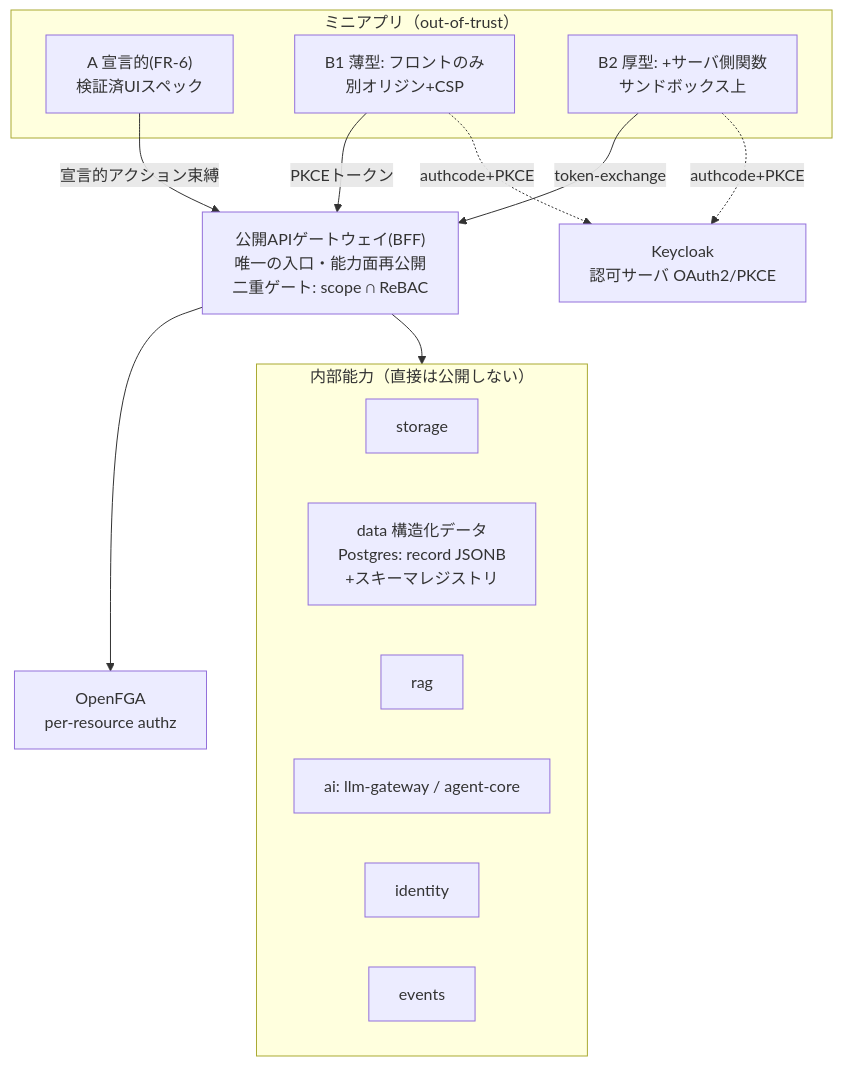
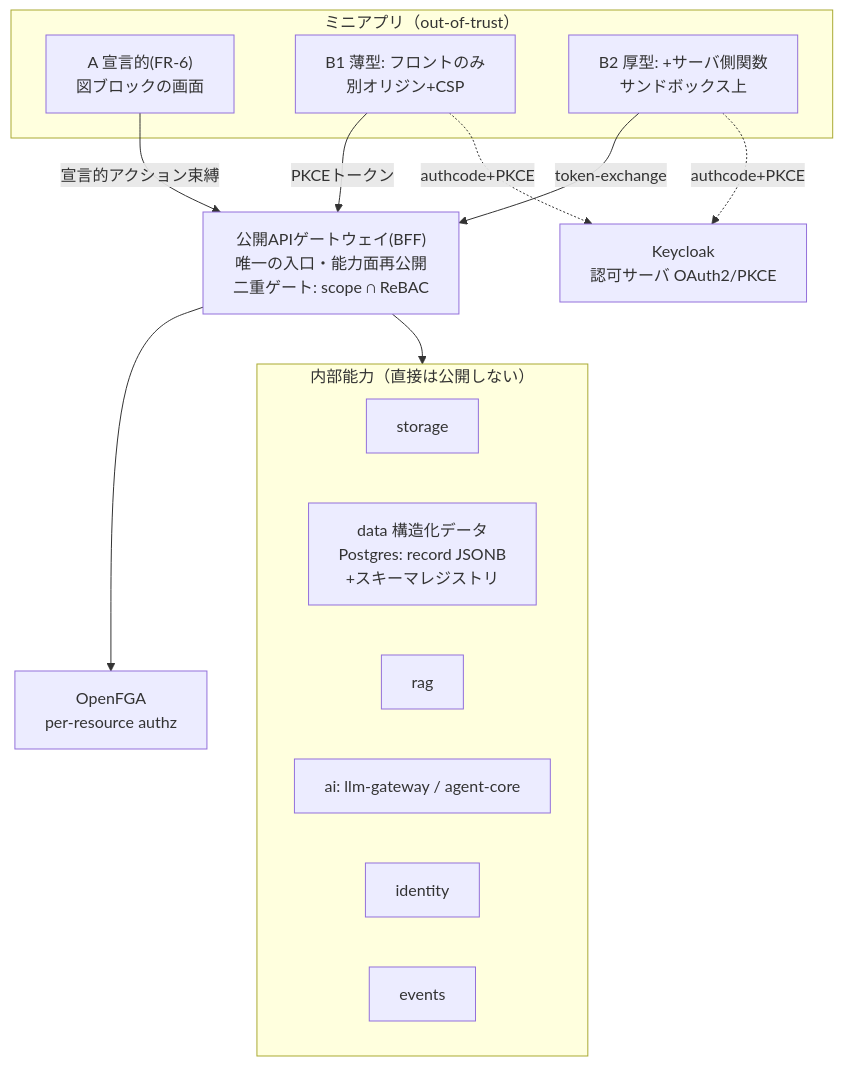
Before and after one commit to imanect-labs/shiki-platform: the eighth of 10 diagrams in docs/design.md, drawn with Mermaid. The commit also changed other lines of this file and 11 other files, not shown here.

````diff
--- a/docs/design.md
+++ b/docs/design.md
@@ -851,25 +861,25 @@
 ```mermaid
 flowchart TB
   subgraph UT["ミニアプリ（out-of-trust）"]
-    A["A 宣言的(FR-6)<br/>検証済UIスペック"]
+    A["A 宣言的(FR-6)<br/>図ブロックの画面"]
     B1["B1 薄型: フロントのみ<br/>別オリジン+CSP"]
     B2["B2 厚型: +サーバ側関数<br/>サンドボックス上"]
   end
   KC[Keycloak<br/>認可サーバ OAuth2/PKCE]
   GW["公開APIゲートウェイ(BFF)<br/>唯一の入口・能力面再公開<br/>二重ゲート: scope ∩ ReBAC"]
   A -- 宣言的アクション束縛 --> GW
   B1 -- PKCEトークン --> GW
   B2 -- token-exchange --> GW
   B1 -. authcode+PKCE .-> KC
   B2 -. authcode+PKCE .-> KC
   GW --> FGA[OpenFGA<br/>per-resource authz]
   GW --> CAP
   subgraph CAP["内部能力（直接は公開しない）"]
     ST[storage]
     DATA["data 構造化データ<br/>Postgres: record JSONB<br/>+スキーマレジストリ"]
     RAGC[rag]
     AIC["ai: llm-gateway / agent-core"]
     IDN[identity]
     EVT[events]
   end
 ```
````
